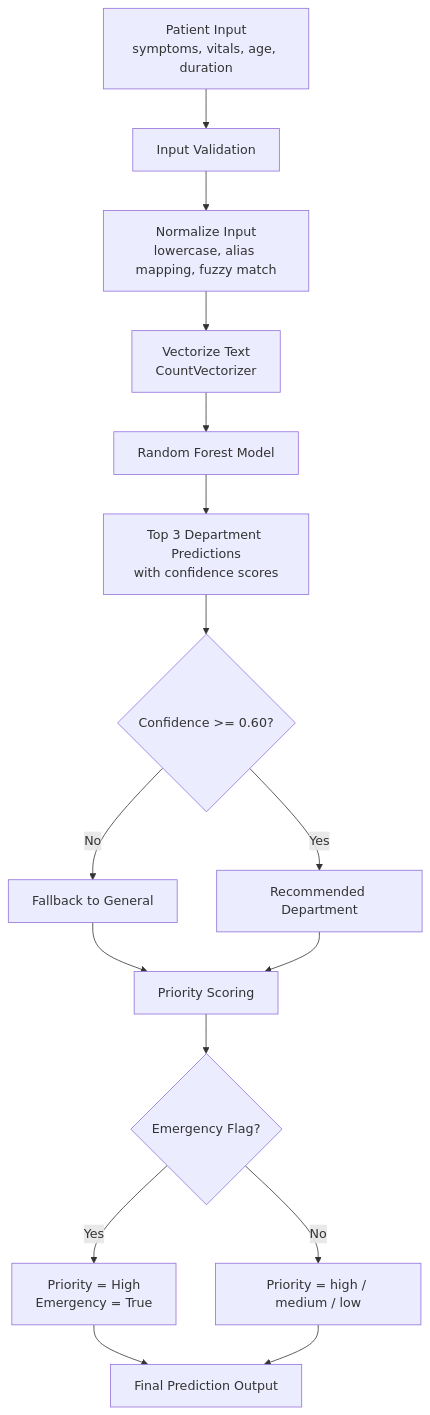
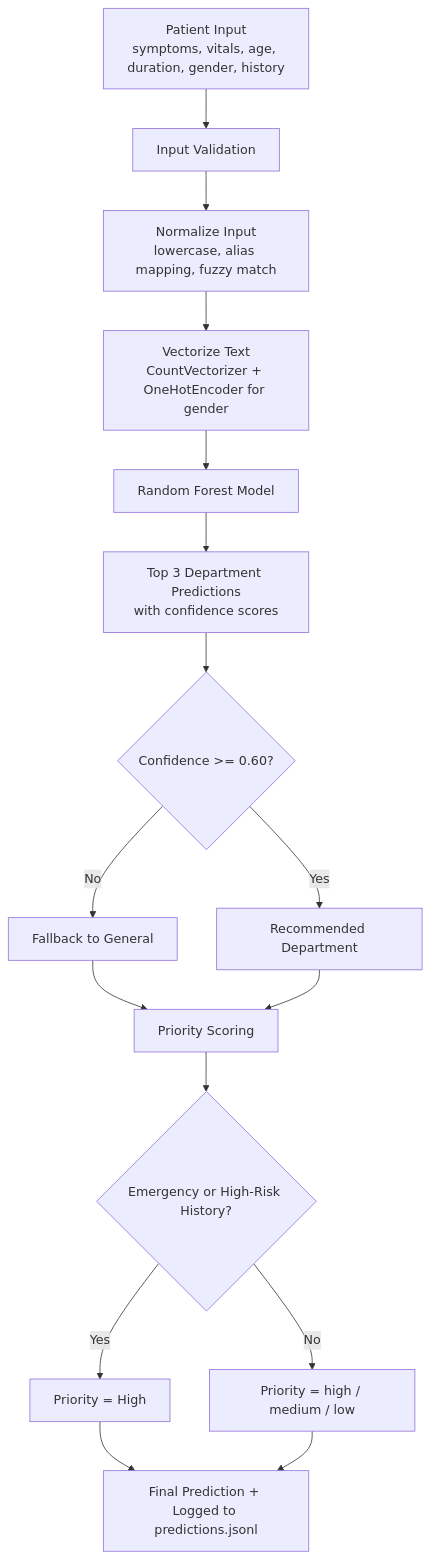
The first of 6 diagrams in README.md (AyusmanNanda/patient-router), drawn with Mermaid before and after one commit. The commit also changed other lines of this file, not shown here.

````diff
--- a/README.md
+++ b/README.md
@@ -14,18 +20,18 @@
 ```mermaid
 flowchart TD
-    A[Patient Input\nsymptoms, vitals, age, duration] --> B[Input Validation]
+    A[Patient Input\nsymptoms, vitals, age, duration, gender, history] --> B[Input Validation]
     B --> C[Normalize Input\nlowercase, alias mapping, fuzzy match]
-    C --> D[Vectorize Text\nCountVectorizer]
+    C --> D[Vectorize Text\nCountVectorizer + OneHotEncoder for gender]
     D --> E[Random Forest Model]
     E --> F[Top 3 Department Predictions\nwith confidence scores]
     F --> G{Confidence >= 0.60?}
     G -- No --> H[Fallback to General]
     G -- Yes --> I[Recommended Department]
     H --> J[Priority Scoring]
     I --> J
-    J --> K{Emergency Flag?}
-    K -- Yes --> L[Priority = High\nEmergency = True]
+    J --> K{Emergency or High-Risk History?}
+    K -- Yes --> L[Priority = High]
     K -- No --> M[Priority = high / medium / low]
-    L --> N[Final Prediction Output]
+    L --> N[Final Prediction + Logged to predictions.jsonl]
     M --> N
 ```
````
